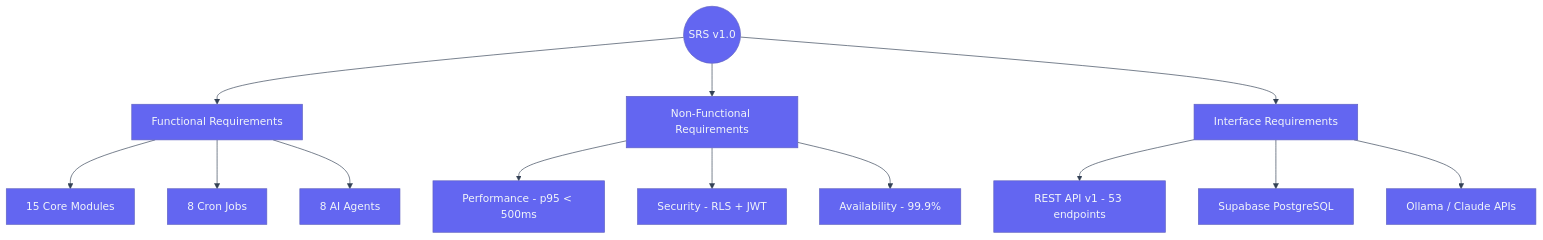
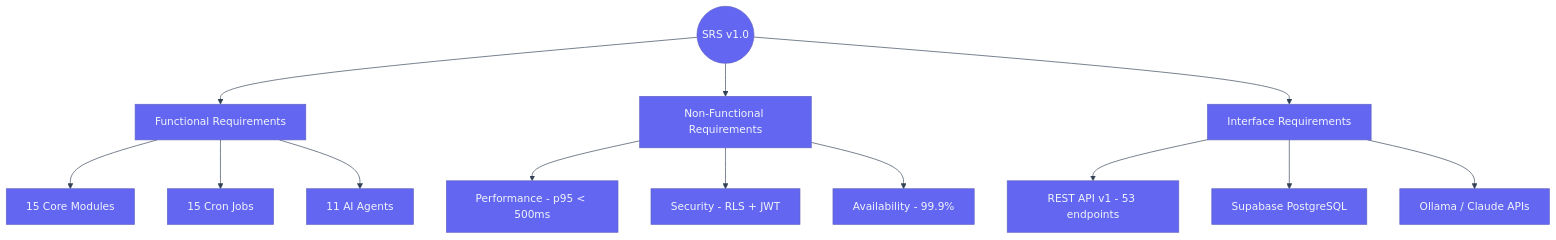
One commit to rohitkumarnaidu/ARIA-OS---SecondBrain- changed the diagram in docs/product/04_SRS.md. Above: the diagram before and after it, drawn with Mermaid. The commit also changed other lines of this file and 9 other files, not shown here.

````diff
--- a/docs/product/04_SRS.md
+++ b/docs/product/04_SRS.md
@@ -15,19 +15,19 @@
 ```mermaid
 %%{init: {"theme": "base", "themeVariables": {"background": "#0A0B0F", "primaryColor": "#6366F1", "primaryTextColor": "#F1F5F9", "secondaryColor": "#13151A", "secondaryTextColor": "#94A3B8", "tertiaryColor": "#00FFA3", "tertiaryTextColor": "#0A0B0F", "lineColor": "#334155", "fontFamily": "DM Sans, sans-serif"}}}%%
 graph TD
     SRS((SRS v1.0)) --> FUNC[Functional Requirements]
     SRS --> NONFUNC[Non-Functional Requirements]
     SRS --> INTERF[Interface Requirements]
     
     FUNC --> F1[15 Core Modules]
-    FUNC --> F2[8 Cron Jobs]
-    FUNC --> F3[8 AI Agents]
+    FUNC --> F2[15 Cron Jobs]
+    FUNC --> F3[11 AI Agents]
     
     NONFUNC --> NF1[Performance - p95 < 500ms]
     NONFUNC --> NF2[Security - RLS + JWT]
     NONFUNC --> NF3[Availability - 99.9%]
     
     INTERF --> I1[REST API v1 - 53 endpoints]
     INTERF --> I2[Supabase PostgreSQL]
     INTERF --> I3[Ollama / Claude APIs]
 ```
````
